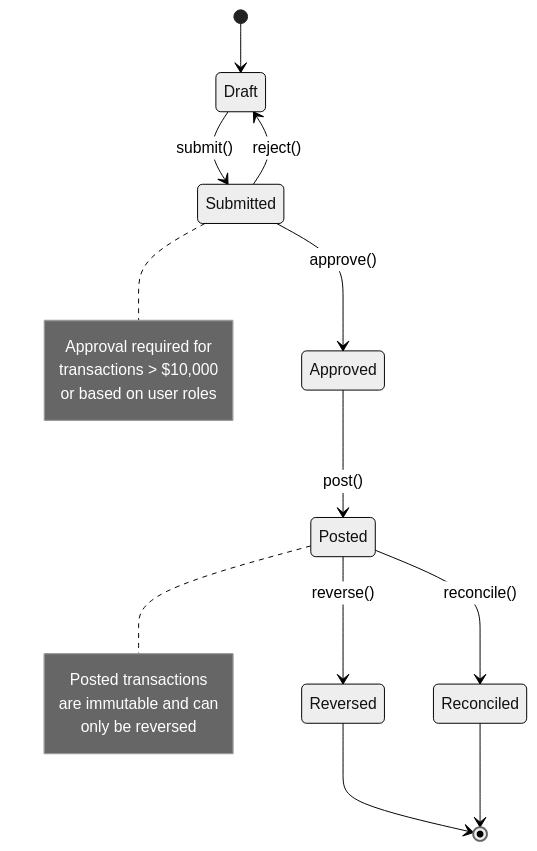
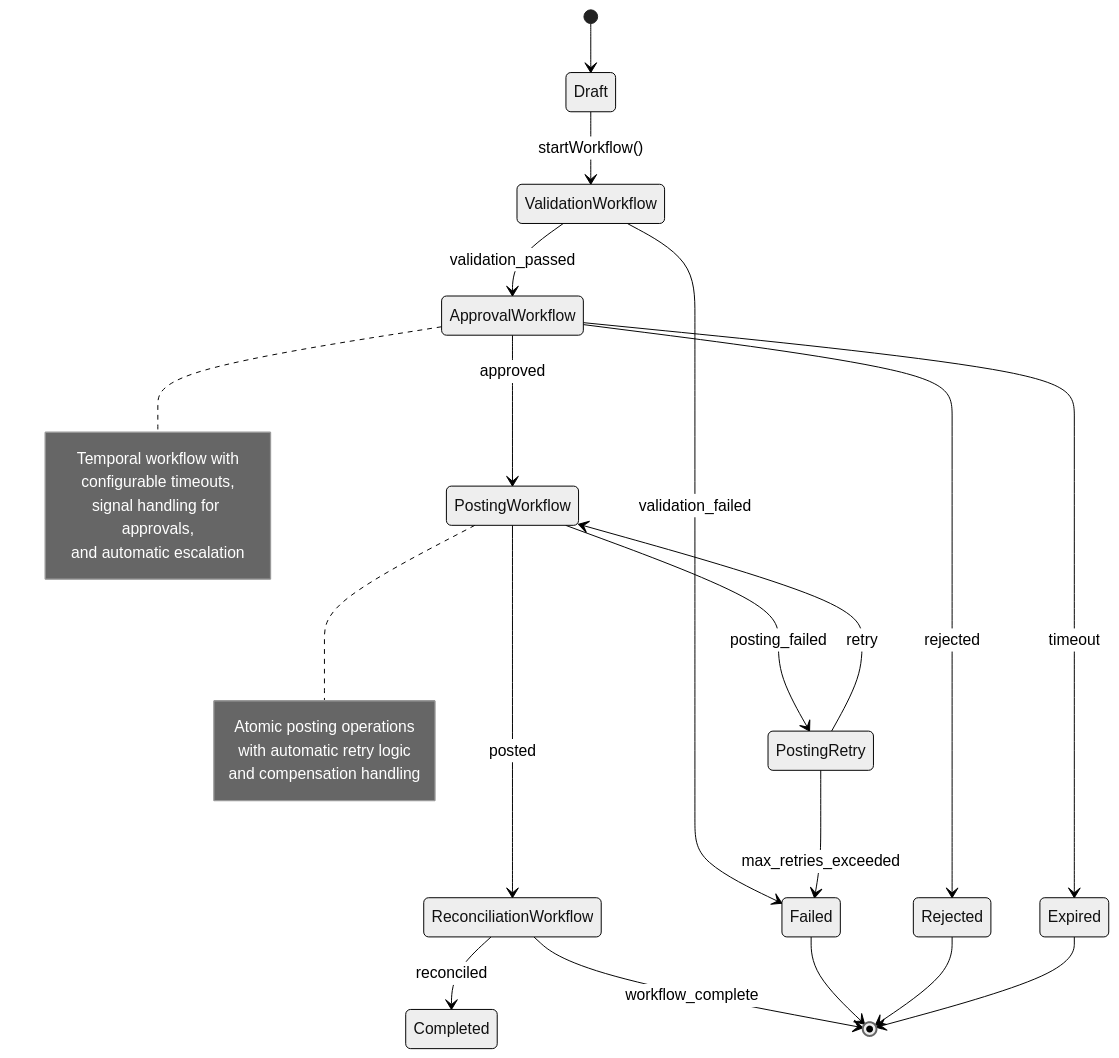
The third of 3 diagrams in docs/reference/modules/financial/PRD.md (niiniyare/erp), drawn with Mermaid (neutral theme) before and after one commit. The commit also changed other lines of this file and 2 other files, not shown here.

First line of the commit message:
feat: add comprehensive rollback and compensation system to financial    module

````diff
--- a/docs/reference/modules/financial/PRD.md
+++ b/docs/reference/modules/financial/PRD.md
@@ -528,24 +671,32 @@
 ```mermaid
 stateDiagram-v2
     [*] --> Draft
-    Draft --> Submitted : submit()
-    Submitted --> Approved : approve()
-    Submitted --> Draft : reject()
-    Approved --> Posted : post()
-    Posted --> Reconciled : reconcile()
-    Posted --> Reversed : reverse()
-    Reversed --> [*]
-    Reconciled --> [*]
+    Draft --> ValidationWorkflow : startWorkflow()
+    ValidationWorkflow --> ApprovalWorkflow : validation_passed
+    ValidationWorkflow --> Failed : validation_failed
+    ApprovalWorkflow --> PostingWorkflow : approved
+    ApprovalWorkflow --> Rejected : rejected
+    ApprovalWorkflow --> Expired : timeout
+    PostingWorkflow --> ReconciliationWorkflow : posted
+    PostingWorkflow --> PostingRetry : posting_failed
+    PostingRetry --> PostingWorkflow : retry
+    PostingRetry --> Failed : max_retries_exceeded
+    ReconciliationWorkflow --> Completed : reconciled
+    ReconciliationWorkflow --> [*] : workflow_complete
+    Failed --> [*]
+    Rejected --> [*]
+    Expired --> [*]
     
-    note right of Submitted
-        Approval required for
-        transactions > $10,000
-        or based on user roles
+    note right of ApprovalWorkflow
+        Temporal workflow with
+        configurable timeouts,
+        signal handling for approvals,
+        and automatic escalation
     end note
     
-    note right of Posted
-        Posted transactions
-        are immutable and can
-        only be reversed
+    note right of PostingWorkflow
+        Atomic posting operations
+        with automatic retry logic
+        and compensation handling
     end note
 ```
````
